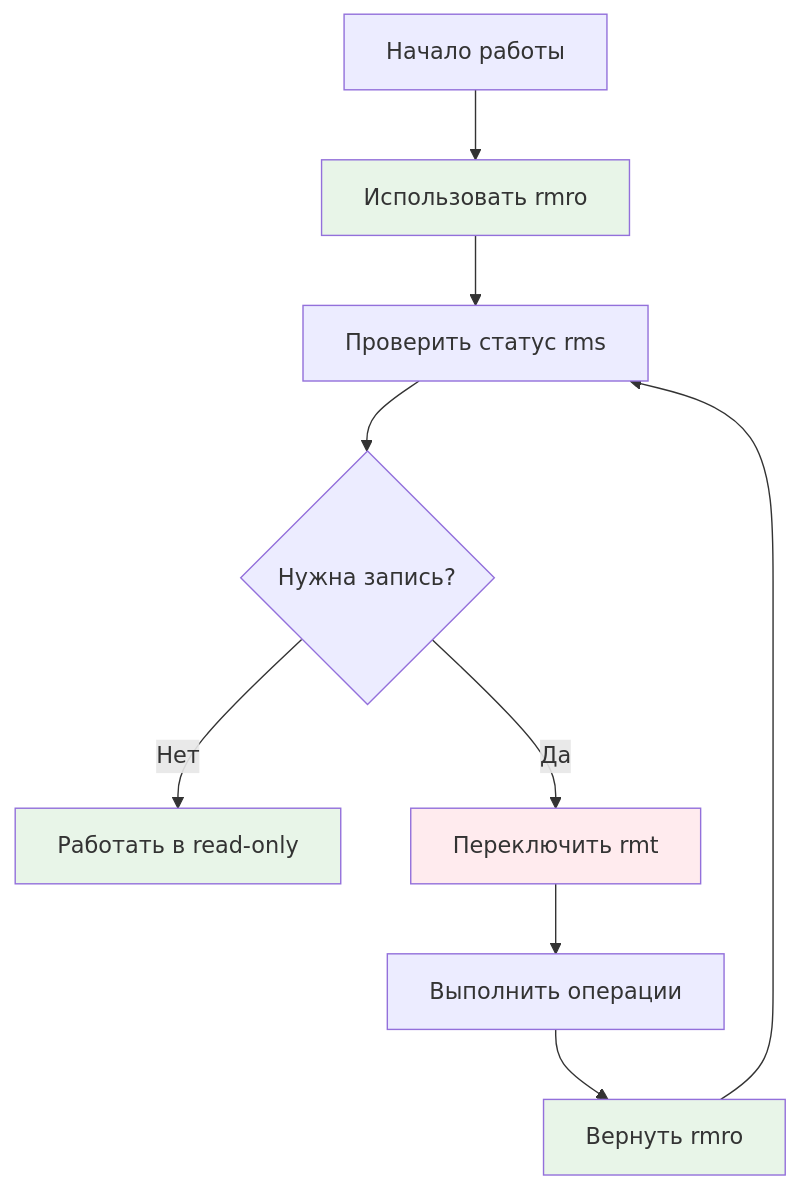
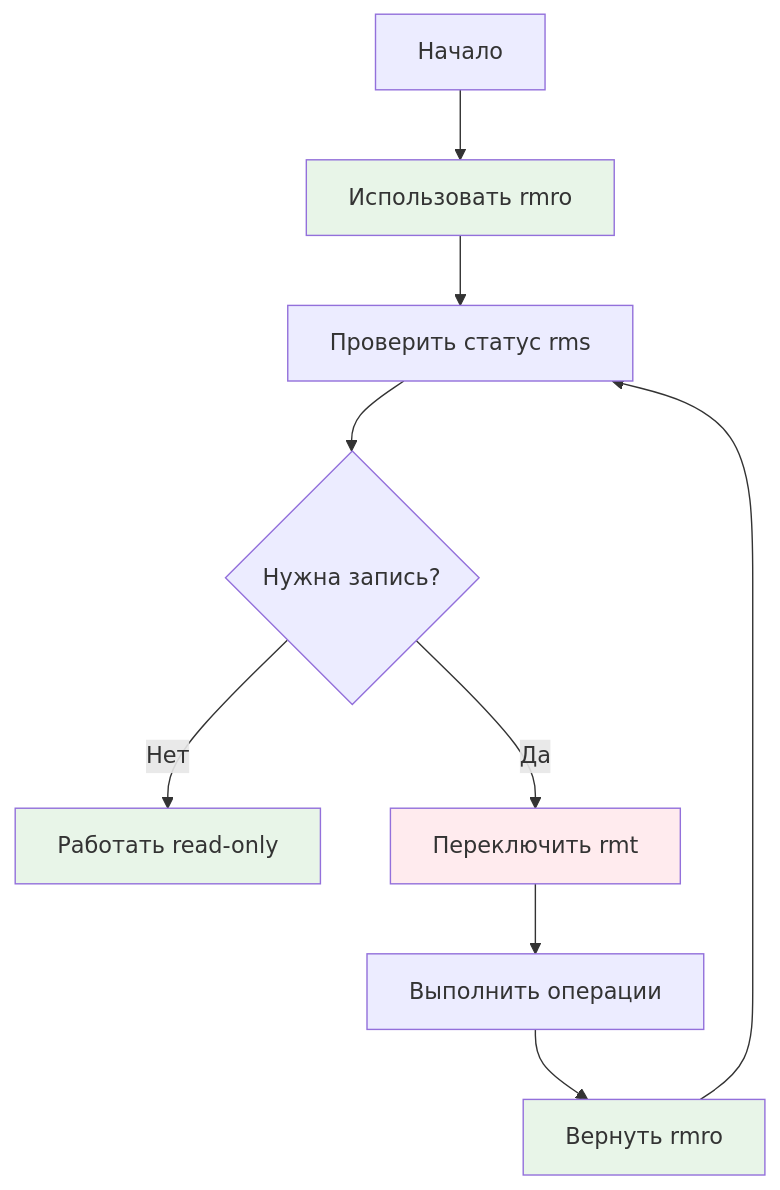
One commit to medphisiker/rclone-manager changed the seventh of 9 diagrams in docs/Диаграммы.md. Above: the diagram before and after it, drawn with Mermaid. The commit also changed other lines of this file, not shown here.

First line of the commit message:
docs: добавить диаграммы для Rclone Manager

````diff
--- a/docs/Диаграммы.md
+++ b/docs/Диаграммы.md
@@ -163,16 +124,16 @@
 ```mermaid
 graph TD
-    A[Начало работы] --> B[Использовать rmro]
+    A[Начало] --> B[Использовать rmro]
     B --> C[Проверить статус rms]
     C --> D{Нужна запись?}
-    D -->|Нет| E[Работать в read-only]
+    D -->|Нет| E[Работать read-only]
     D -->|Да| F[Переключить rmt]
     F --> G[Выполнить операции]
     G --> H[Вернуть rmro]
     H --> C
     
     style B fill:#e8f5e8
     style E fill:#e8f5e8
     style F fill:#ffebee
     style H fill:#e8f5e8
 ```
````
